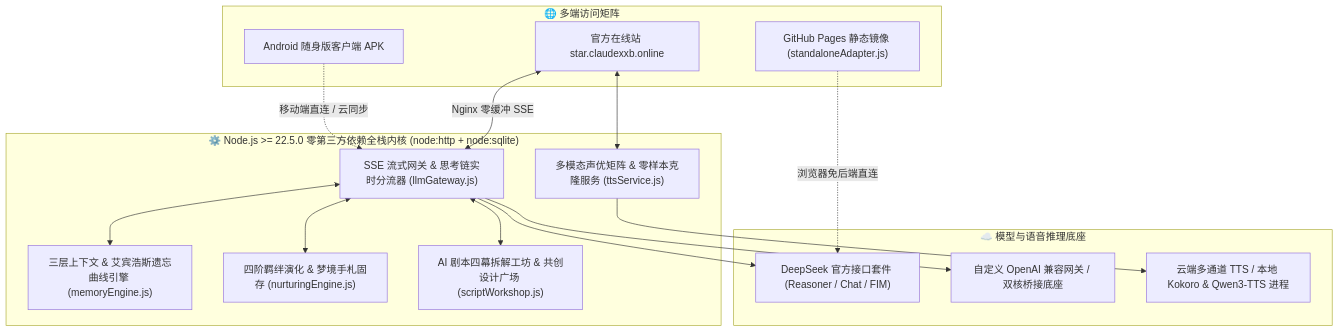
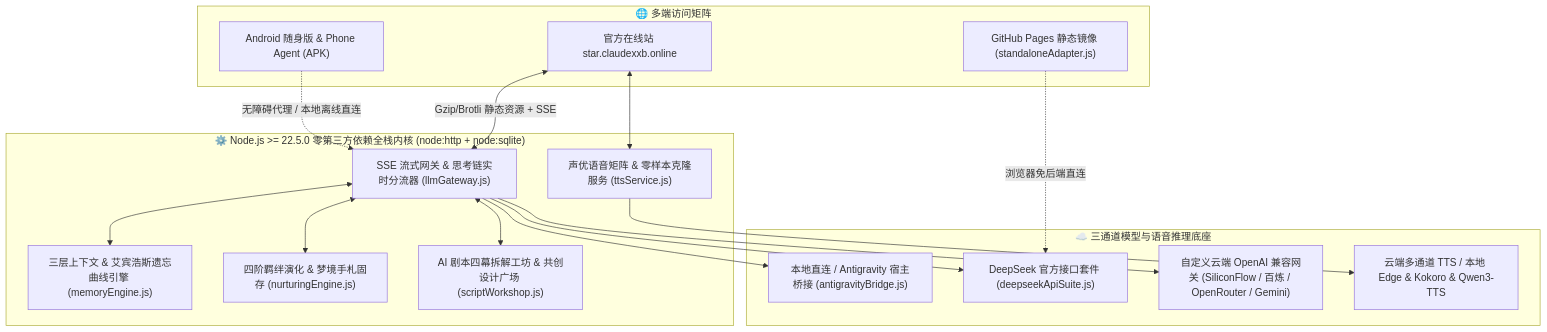
The diagram in README.md (qts2218346424-cyber/persona-chat-studio), drawn with Mermaid before and after one commit. The commit also changed other lines of this file and 75 other files, not shown here.

````diff
--- a/README.md
+++ b/README.md
@@ -244,33 +210,35 @@
 ```mermaid
 flowchart TB
     subgraph Entry["🌐 多端访问矩阵"]
         CloudWeb["官方在线站 star.claudexxb.online"]
         StaticDemo["GitHub Pages 静态镜像 (standaloneAdapter.js)"]
-        AndroidApp["Android 随身版客户端 APK"]
+        AndroidApp["Android 随身版 & Phone Agent (APK)"]
     end
 
     subgraph Core["⚙️ Node.js >= 22.5.0 零第三方依赖全栈内核 (node:http + node:sqlite)"]
         Gateway["SSE 流式网关 & 思考链实时分流器 (llmGateway.js)"]
         Memory["三层上下文 & 艾宾浩斯遗忘曲线引擎 (memoryEngine.js)"]
         Nurture["四阶羁绊演化 & 梦境手札固存 (nurturingEngine.js)"]
         Workshop["AI 剧本四幕拆解工坊 & 共创设计广场 (scriptWorkshop.js)"]
-        TTS["多模态声优矩阵 & 零样本克隆服务 (ttsService.js)"]
+        TTS["声优语音矩阵 & 零样本克隆服务 (ttsService.js)"]
     end
 
-    subgraph AI["☁️ 模型与语音推理底座"]
-        DS["DeepSeek 官方接口套件 (Reasoner / Chat / FIM)"]
-        Custom["自定义 OpenAI 兼容网关 / 双核桥接底座"]
-        Voice["云端多通道 TTS / 本地 Kokoro & Qwen3-TTS 进程"]
+    subgraph AI["☁️ 三通道模型与语音推理底座"]
+        Bridge["本地直连 / Antigravity 宿主桥接 (antigravityBridge.js)"]
+        DS["DeepSeek 官方接口套件 (deepseekApiSuite.js)"]
+        Custom["自定义云端 OpenAI 兼容网关 (SiliconFlow / 百炼 / OpenRouter / Gemini)"]
+        Voice["云端多通道 TTS / 本地 Edge & Kokoro & Qwen3-TTS"]
     end
 
-    CloudWeb <-->|"Nginx 零缓冲 SSE"| Gateway
+    CloudWeb <-->|"Gzip/Brotli 静态资源 + SSE"| Gateway
     StaticDemo -.->|"浏览器免后端直连"| DS
-    AndroidApp -.->|"移动端直连 / 云同步"| Gateway
+    AndroidApp -.->|"无障碍代理 / 本地离线直连"| Gateway
     Gateway <--> Memory
     Gateway <--> Nurture
     Gateway <--> Workshop
     CloudWeb <--> TTS
+    Gateway --> Bridge
     Gateway --> DS
     Gateway --> Custom
     TTS --> Voice
 ```
````
